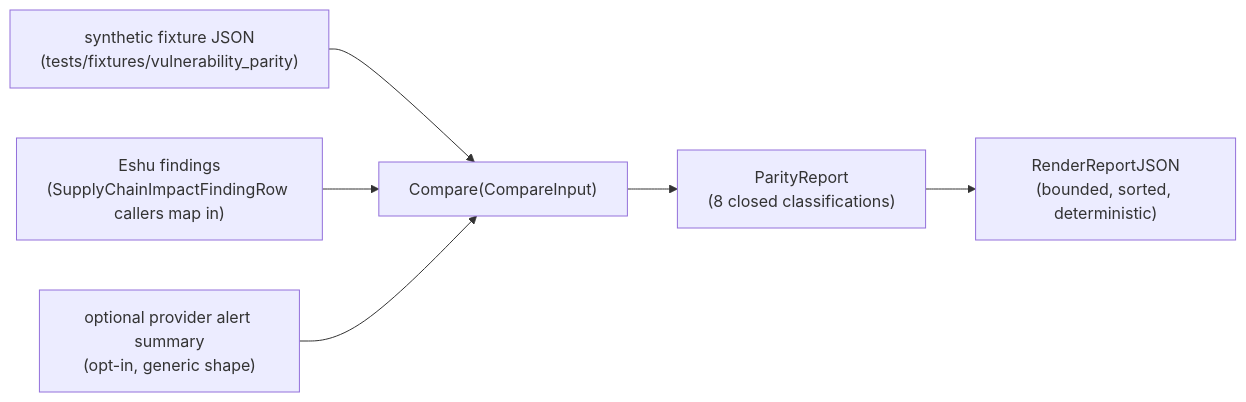
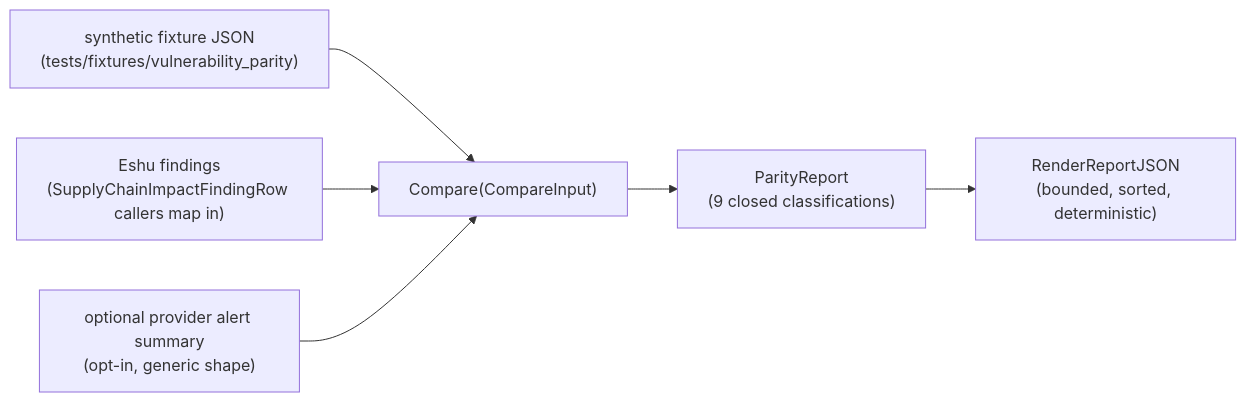
The diagram in go/internal/vulnerabilityparity/README.md (eshu-hq/eshu), drawn with Mermaid before and after one commit. The commit also changed other lines of this file and 7 other files, not shown here.

````diff
--- a/go/internal/vulnerabilityparity/README.md
+++ b/go/internal/vulnerabilityparity/README.md
@@ -23,14 +23,14 @@
 ```mermaid
 flowchart LR
     Fixture["synthetic fixture JSON\n(tests/fixtures/vulnerability_parity)"]
     Eshu["Eshu findings\n(SupplyChainImpactFindingRow callers map in)"]
     Provider["optional provider alert summary\n(opt-in, generic shape)"]
     Compare["Compare(CompareInput)"]
-    Report["ParityReport\n(8 closed classifications)"]
+    Report["ParityReport\n(9 closed classifications)"]
     Render["RenderReportJSON\n(bounded, sorted, deterministic)"]
 
     Fixture --> Compare
     Eshu --> Compare
     Provider --> Compare
     Compare --> Report --> Render
 ```
````
